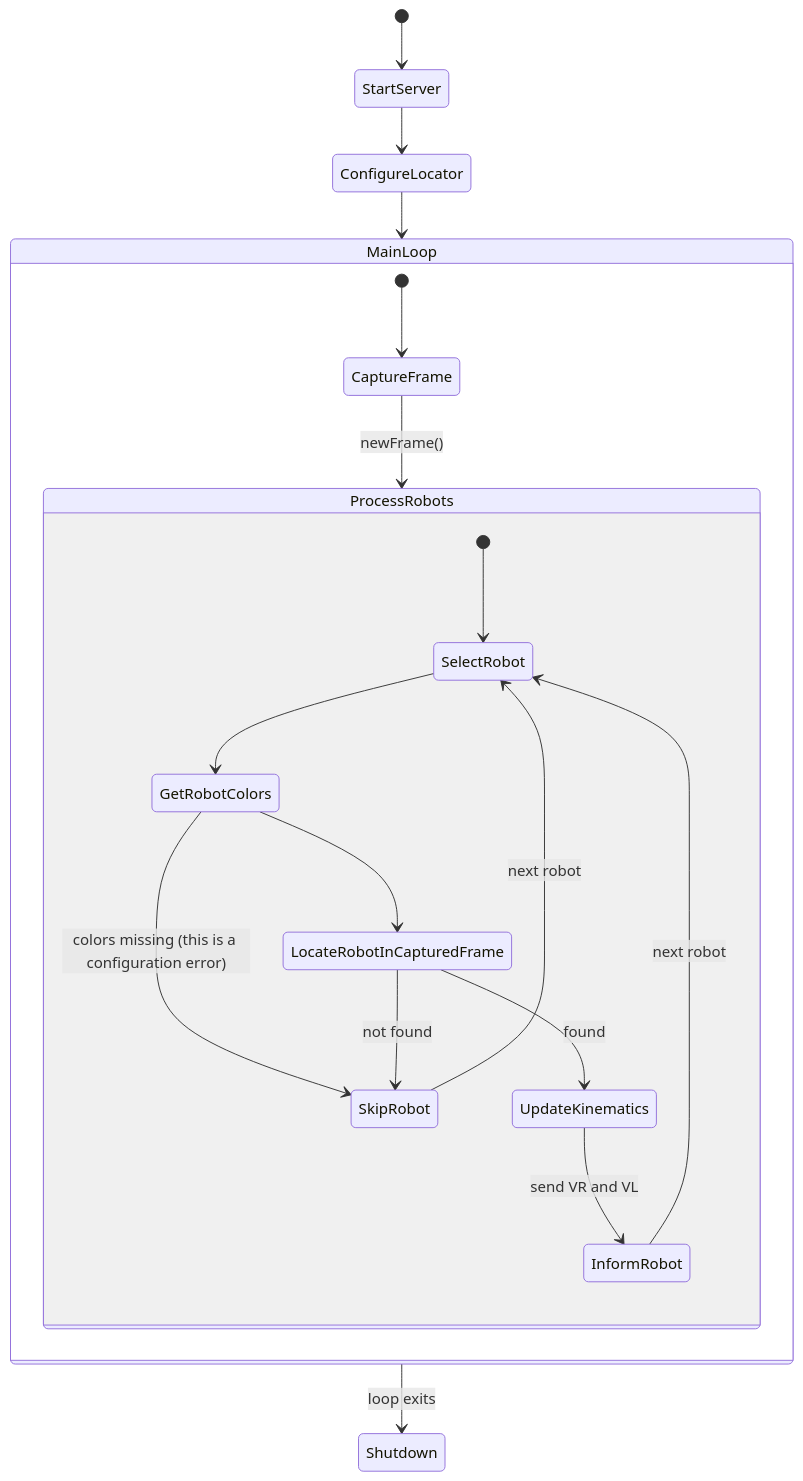
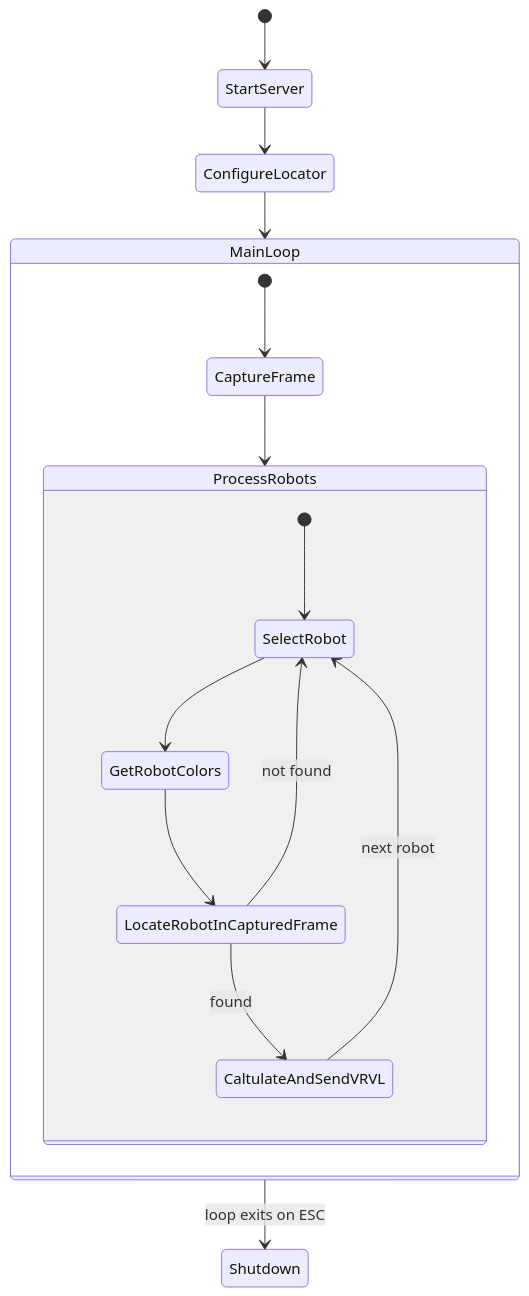
Before and after one commit to mrnul/robot: the first of 2 diagrams in README.md, drawn with Mermaid. The commit also changed other lines of this file, not shown here.

Commit message:
Minor readme update

````diff
--- a/README.md
+++ b/README.md
@@ -128,34 +128,29 @@
 ```mermaid
 stateDiagram-v2
 
     [*] --> StartServer
     StartServer --> ConfigureLocator
 
     ConfigureLocator --> MainLoop
 
     state MainLoop {
         [*] --> CaptureFrame
 
-        CaptureFrame --> ProcessRobots : newFrame()
+        CaptureFrame --> ProcessRobots
 
         state ProcessRobots {
             [*] --> SelectRobot
 
             SelectRobot --> GetRobotColors
 
-            GetRobotColors --> SkipRobot : colors missing (this is a configuration error)
-
             GetRobotColors --> LocateRobotInCapturedFrame
 
-            LocateRobotInCapturedFrame --> SkipRobot : not found
+            LocateRobotInCapturedFrame --> SelectRobot : not found
 
-            SkipRobot --> SelectRobot : next robot
+            LocateRobotInCapturedFrame --> CaltulateAndSendVRVL : found
 
-            LocateRobotInCapturedFrame --> UpdateKinematics : found
-
-            UpdateKinematics --> InformRobot : send VR  and VL
-            InformRobot --> SelectRobot : next robot
+            CaltulateAndSendVRVL --> SelectRobot : next robot
         }
     }
-    MainLoop --> Shutdown : loop exits
+    MainLoop --> Shutdown : loop exits on ESC
 ```
````
